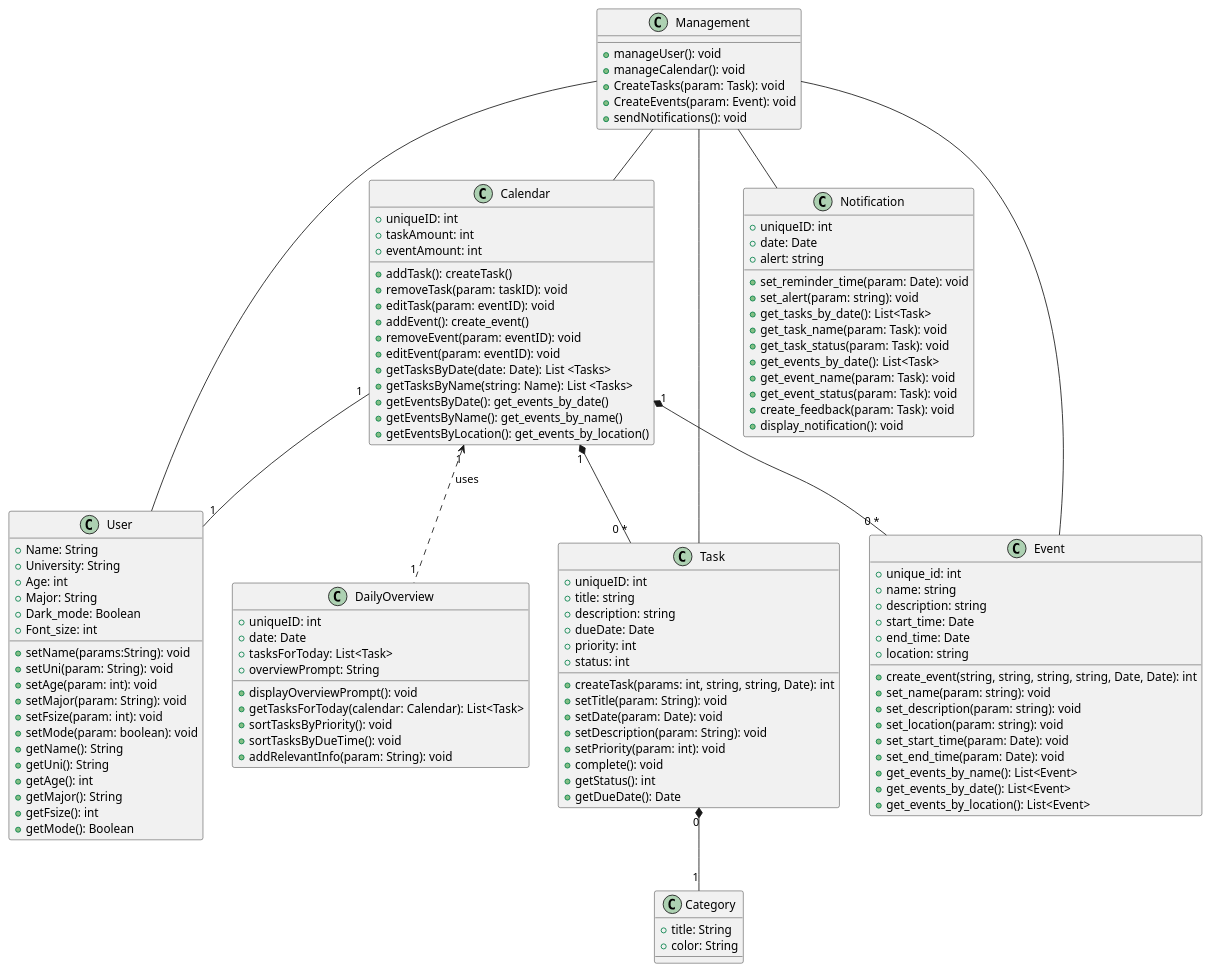
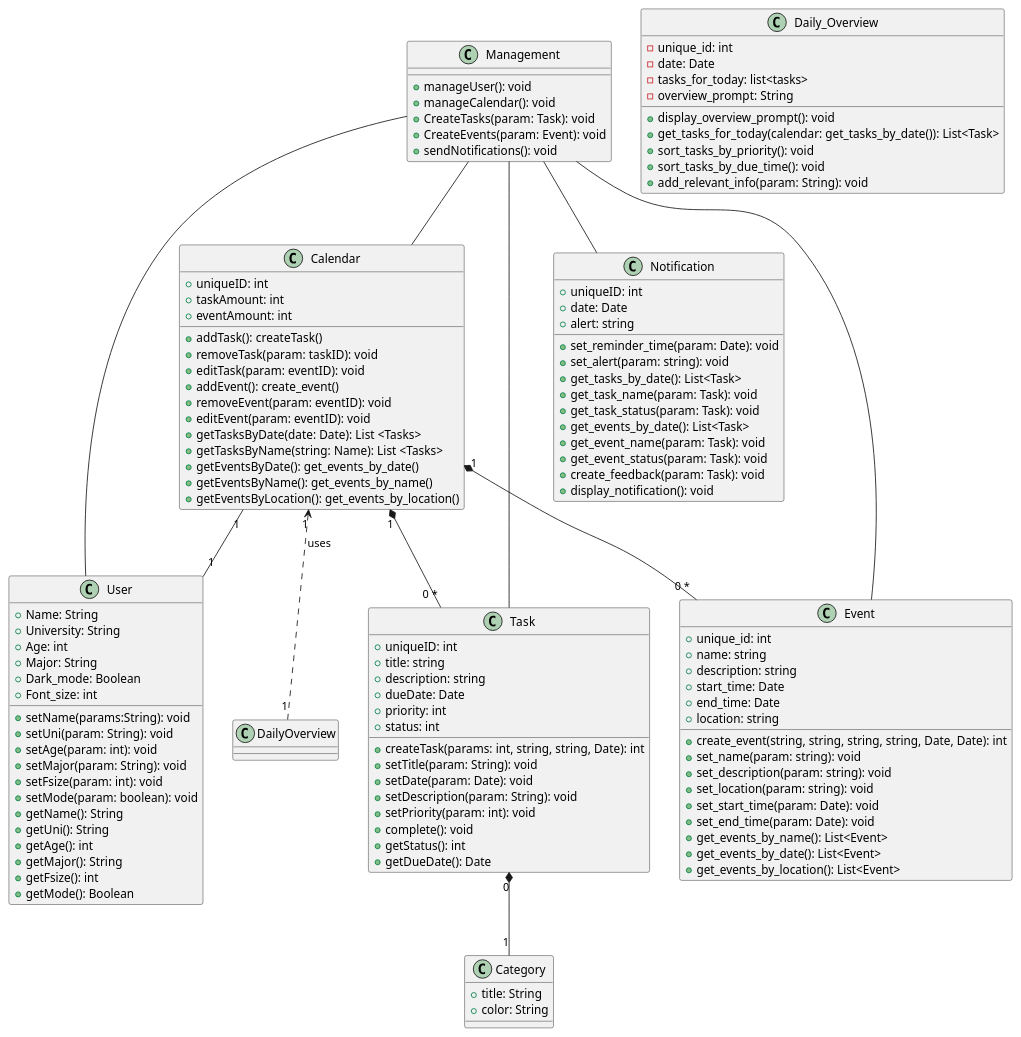
The diagram in assignment6/Diagram.puml (CS361-2024Fall-Term/Innovators), drawn with PlantUML before and after one commit.

```diff
--- a/assignment6/Diagram.puml
+++ b/assignment6/Diagram.puml
@@ -1,133 +1,133 @@
 @startuml
 
 class User {
   +Name: String
   +University: String
   +Age: int
   +Major: String
   +Dark_mode: Boolean
   +Font_size: int
   +setName(params:String): void
   +setUni(param: String): void
   +setAge(param: int): void
   +setMajor(param: String): void
   +setFsize(param: int): void
   +setMode(param: boolean): void
   +getName(): String
   +getUni(): String
   +getAge(): int
   +getMajor(): String
   +getFsize(): int
   +getMode(): Boolean
  
 }
 
 class Calendar {
   +uniqueID: int  
   +taskAmount: int
   +eventAmount: int
   +addTask(): createTask()
   +removeTask(param: taskID): void
   +editTask(param: eventID): void
   +addEvent(): create_event()
   +removeEvent(param: eventID): void
   +editEvent(param: eventID): void
   +getTasksByDate(date: Date): List <Tasks>
   +getTasksByName(string: Name): List <Tasks>
   +getEventsByDate(): get_events_by_date()
   +getEventsByName(): get_events_by_name()
   +getEventsByLocation(): get_events_by_location()
 }
 
 class Task {
   +uniqueID: int
   +title: string
   +description: string
   +dueDate: Date
   +priority: int
   +status: int
   +createTask(params: int, string, string, Date): int
   +setTitle(param: String): void
   +setDate(param: Date): void
   +setDescription(param: String): void
   +setPriority(param: int): void
   +complete(): void
   +getStatus(): int
   +getDueDate(): Date
 }
 
 class Category {
   +title: String
   +color: String
 }
 
 class Notification {
   +uniqueID: int  
   +date: Date
   +alert: string
   
   +set_reminder_time(param: Date): void
   +set_alert(param: string): void
   +get_tasks_by_date(): List<Task>
   +get_task_name(param: Task): void
   +get_task_status(param: Task): void
   +get_events_by_date(): List<Task>
   +get_event_name(param: Task): void
   +get_event_status(param: Task): void
   +create_feedback(param: Task): void
   +display_notification(): void
 }
 
 class Event {
   +unique_id: int  
   +name: string
   +description: string
   +start_time: Date
   +end_time: Date
   +location: string
   +create_event(string, string, string, string, Date, Date): int
   +set_name(param: string): void
   +set_description(param: string): void
   +set_location(param: string): void
   +set_start_time(param: Date): void
   +set_end_time(param: Date): void
   +get_events_by_name(): List<Event>
   +get_events_by_date(): List<Event>
   +get_events_by_location(): List<Event>
 }
 
-class DailyOverview {
-    +uniqueID: int
-    +date: Date
-    +tasksForToday: List<Task>
-    +overviewPrompt: String
+class Daily_Overview {
+    -unique_id: int
+    -date: Date
+    -tasks_for_today: list<tasks>
+    -overview_prompt: String
 
-    +displayOverviewPrompt(): void
-    +getTasksForToday(calendar: Calendar): List<Task>
-    +sortTasksByPriority(): void
-    +sortTasksByDueTime(): void
-    +addRelevantInfo(param: String): void
+    +display_overview_prompt(): void
+    +get_tasks_for_today(calendar: get_tasks_by_date()): List<Task>
+    +sort_tasks_by_priority(): void
+    +sort_tasks_by_due_time(): void
+    +add_relevant_info(param: String): void
 }
 
 class Management {
   +manageUser(): void
   +manageCalendar(): void
   +CreateTasks(param: Task): void
   +CreateEvents(param: Event): void
   +sendNotifications(): void
 }
 
 Management -- User
 Management -- Calendar
 Management -- Task
 Management -- Event
 Management -- Notification
 
 Calendar "1" -- "1" User
 Calendar "1" *-- "0 *" Task
 Calendar "1" <.. "1" DailyOverview : uses
 Calendar "1" *-- "0 *" Event
 Task "0" *-- "1" Category
 
 
 @enduml
```
